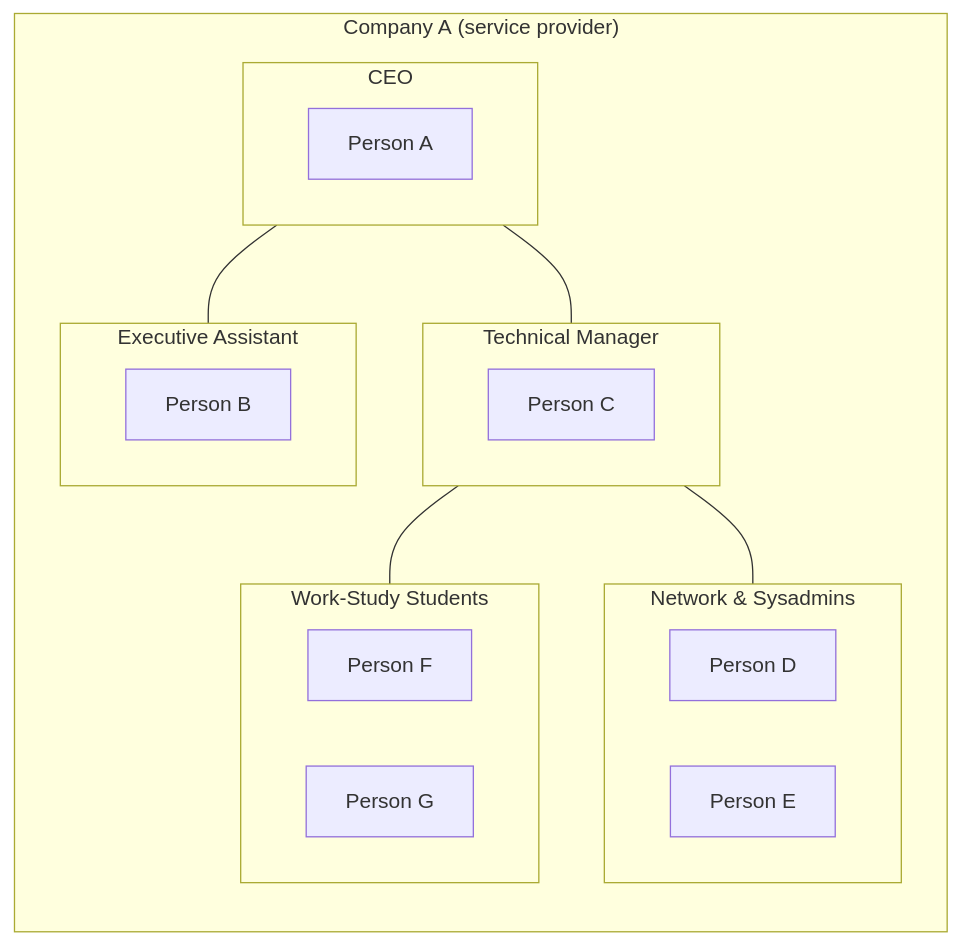
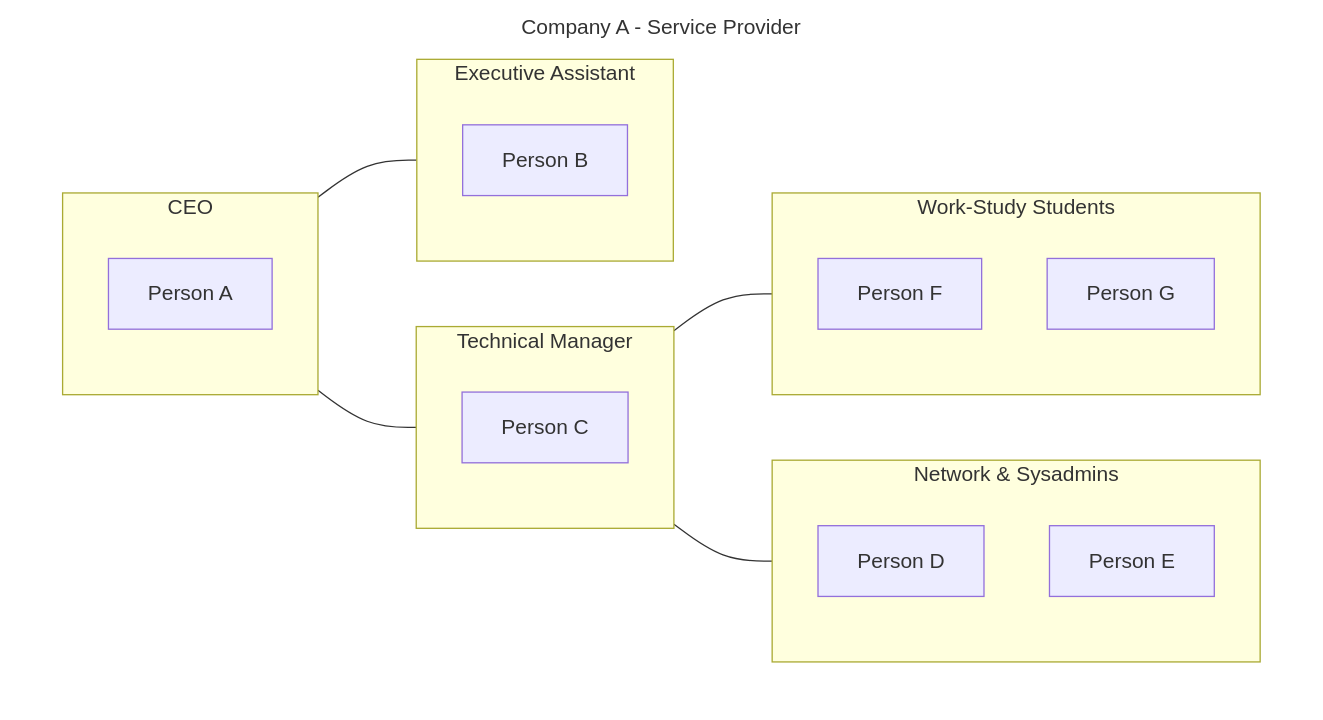
Before and after one commit to xeylou/testade.xeylou.fr: the seventh of 9 diagrams in content/posts/itop-walkthrough/index.md, drawn with Mermaid. The commit also changed other lines of this file and 1 other file, not shown here.

Commit message:
good graphs

```diff
--- a/content/posts/itop-walkthrough/index.md
+++ b/content/posts/itop-walkthrough/index.md
@@ -267,27 +268,28 @@
 {{< mermaid >}}
 %%{init: {"flowchart": {"htmlLabels": false}} }%%
-flowchart LR
-subgraph "Company A (service provider)"
+flowchart TD
+subgraph z[Company A - Service Provider]
 subgraph m[CEO]
 a[Person A]
 end
 subgraph h[Executive Assistant]
 b[Person B]
 end
 subgraph i[Technical Manager]
 c[Person C]
 end
 subgraph j[Network & Sysadmins]
 d[Person D]
 e[Person E]
 end
 subgraph k[Work-Study Students]
 f[Person F]
 g[Person G]
 end
 end
 m---h
 m---i
 i---j
 i---k
+style z fill:#fff,stroke:#fff,stroke-width:4px
 {{< /mermaid >}}
```
